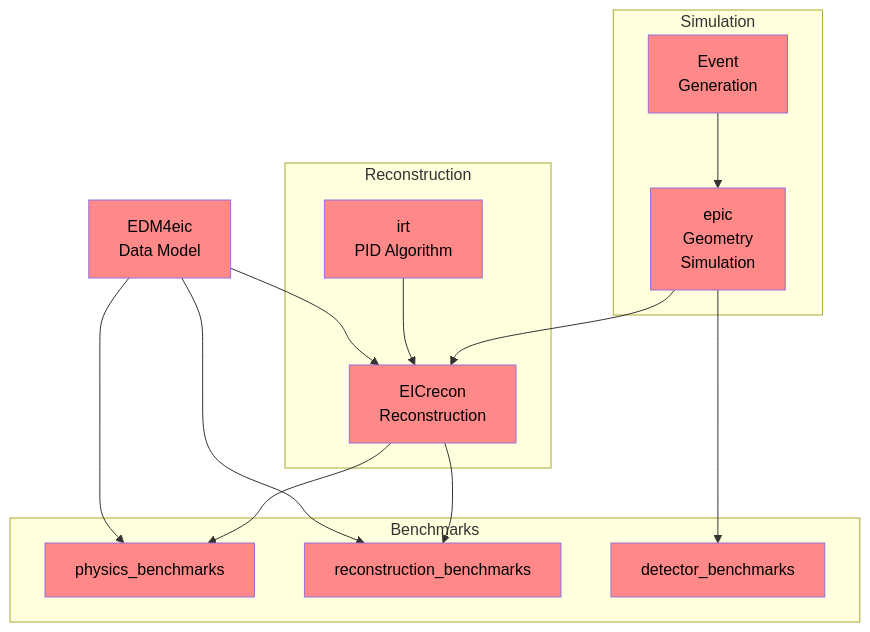
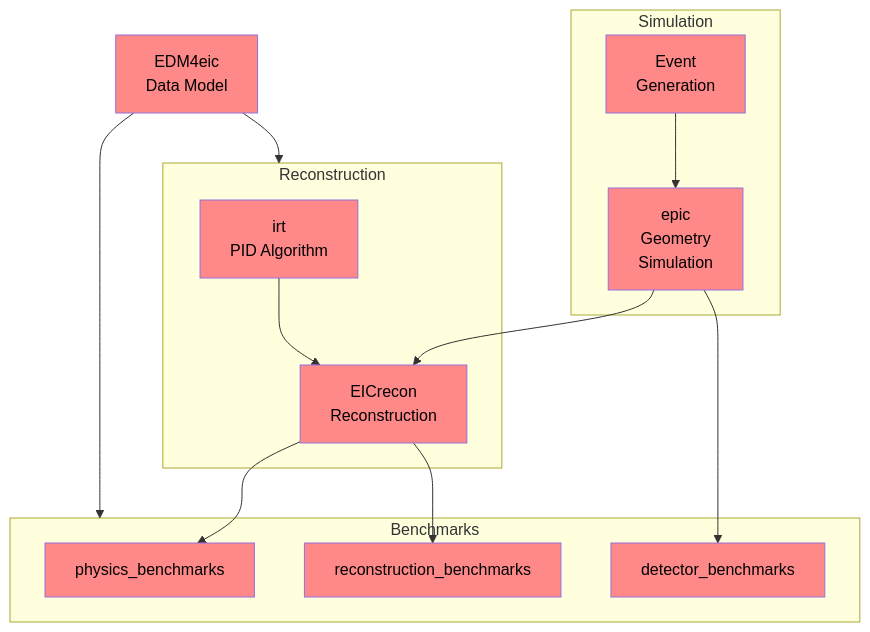
One commit to eic/drich-dev changed the first of 4 diagrams in README.md. Above: the diagram before and after it, drawn with Mermaid.

Commit message:
modified:   README.md

````diff
--- a/README.md
+++ b/README.md
@@ -197,28 +197,27 @@
 ```mermaid
 flowchart TB
   classDef epic fill:#ff8888,color:black
 
   EDM4eic[EDM4eic<br/>Data Model]:::epic
   subgraph Simulation
     EventGeneration[Event<br/>Generation]:::epic
     epic[epic<br/>Geometry<br/>Simulation]:::epic
   end
   subgraph Reconstruction
     irt[irt<br/>PID Algorithm]:::epic
     EICrecon[EICrecon<br/>Reconstruction]:::epic
   end
   subgraph Benchmarks
     PhysicsBenchmarks[physics_benchmarks]:::epic
     ReconstructionBenchmarks[reconstruction_benchmarks]:::epic
     DetectorBenchmarks[detector_benchmarks]:::epic
   end
 
   EventGeneration --> epic --> EICrecon
   irt             --> EICrecon
   epic            --> DetectorBenchmarks
   EICrecon        --> PhysicsBenchmarks
   EICrecon        --> ReconstructionBenchmarks
-  EDM4eic         --> EICrecon
-  EDM4eic         --> PhysicsBenchmarks
-  EDM4eic         --> ReconstructionBenchmarks
+  EDM4eic         --> Reconstruction
+  EDM4eic         --> Benchmarks
 ```
````
